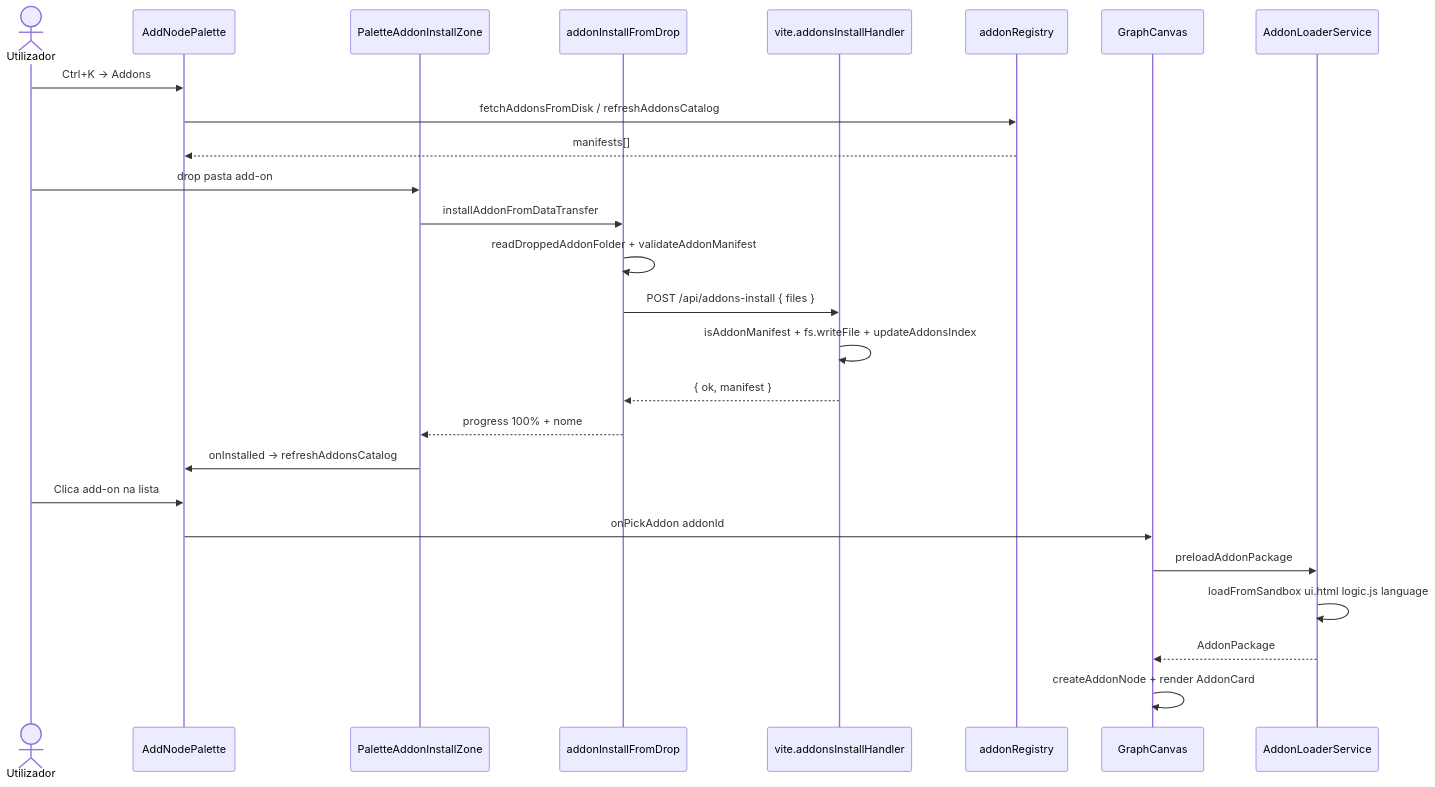
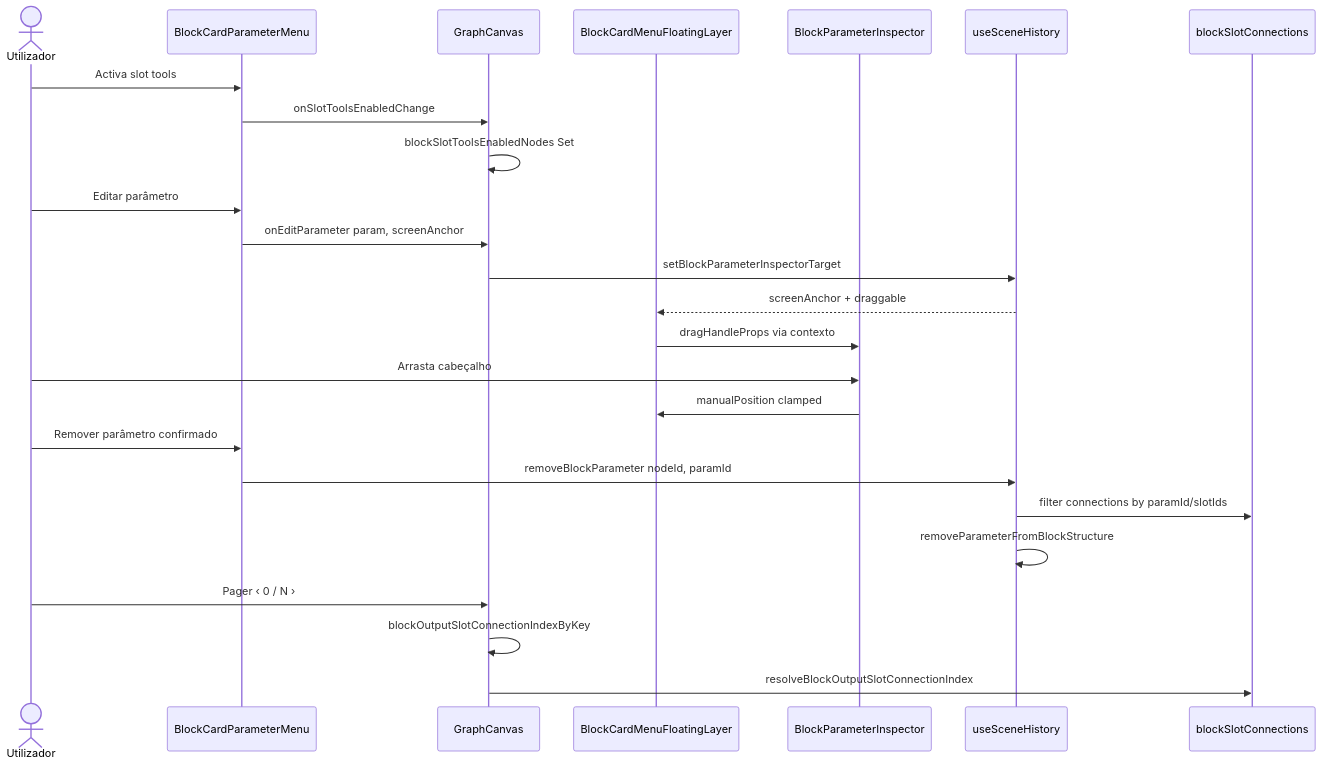
The second of 2 diagrams in README.md (JunioCesar96/Node-Graphs-League-of-Legends), drawn with Mermaid before and after one commit. The commit also changed other lines of this file and 251 other files, not shown here.

First line of the commit message:
feat(blocks): slot tools, pager fan-out, editor flutuante e preview listas

````diff
--- a/README.md
+++ b/README.md
@@ -81,31 +70,31 @@
 ```mermaid
 sequenceDiagram
   actor U as Utilizador
-  participant Pal as AddNodePalette
-  participant Zone as PaletteAddonInstallZone
-  participant Drop as addonInstallFromDrop
-  participant API as vite.addonsInstallHandler
-  participant Reg as addonRegistry
+  participant Menu as BlockCardParameterMenu
   participant GC as GraphCanvas
-  participant Loader as AddonLoaderService
+  participant Layer as BlockCardMenuFloatingLayer
+  participant Insp as BlockParameterInspector
+  participant Hist as useSceneHistory
+  participant Core as blockSlotConnections
 
-  U->>Pal: Ctrl+K → Addons
-  Pal->>Reg: fetchAddonsFromDisk / refreshAddonsCatalog
-  Reg-->>Pal: manifests[]
+  U->>Menu: Activa slot tools
+  Menu->>GC: onSlotToolsEnabledChange
+  GC->>GC: blockSlotToolsEnabledNodes Set
 
-  U->>Zone: drop pasta add-on
-  Zone->>Drop: installAddonFromDataTransfer
-  Drop->>Drop: readDroppedAddonFolder + validateAddonManifest
-  Drop->>API: POST /api/addons-install { files }
-  API->>API: isAddonManifest + fs.writeFile + updateAddonsIndex
-  API-->>Drop: { ok, manifest }
-  Drop-->>Zone: progress 100% + nome
-  Zone->>Pal: onInstalled → refreshAddonsCatalog
+  U->>Menu: Editar parâmetro
+  Menu->>GC: onEditParameter param, screenAnchor
+  GC->>Hist: setBlockParameterInspectorTarget
+  Hist-->>Layer: screenAnchor + draggable
+  Layer->>Insp: dragHandleProps via contexto
+  U->>Insp: Arrasta cabeçalho
+  Insp->>Layer: manualPosition clamped
 
-  U->>Pal: Clica add-on na lista
-  Pal->>GC: onPickAddon addonId
-  GC->>Loader: preloadAddonPackage
-  Loader->>Loader: loadFromSandbox ui.html logic.js language
-  Loader-->>GC: AddonPackage
-  GC->>GC: createAddonNode + render AddonCard
+  U->>Menu: Remover parâmetro confirmado
+  Menu->>Hist: removeBlockParameter nodeId, paramId
+  Hist->>Core: filter connections by paramId/slotIds
+  Hist->>Hist: removeParameterFromBlockStructure
+
+  U->>GC: Pager ‹ 0 / N ›
+  GC->>GC: blockOutputSlotConnectionIndexByKey
+  GC->>Core: resolveBlockOutputSlotConnectionIndex
 ```
````
